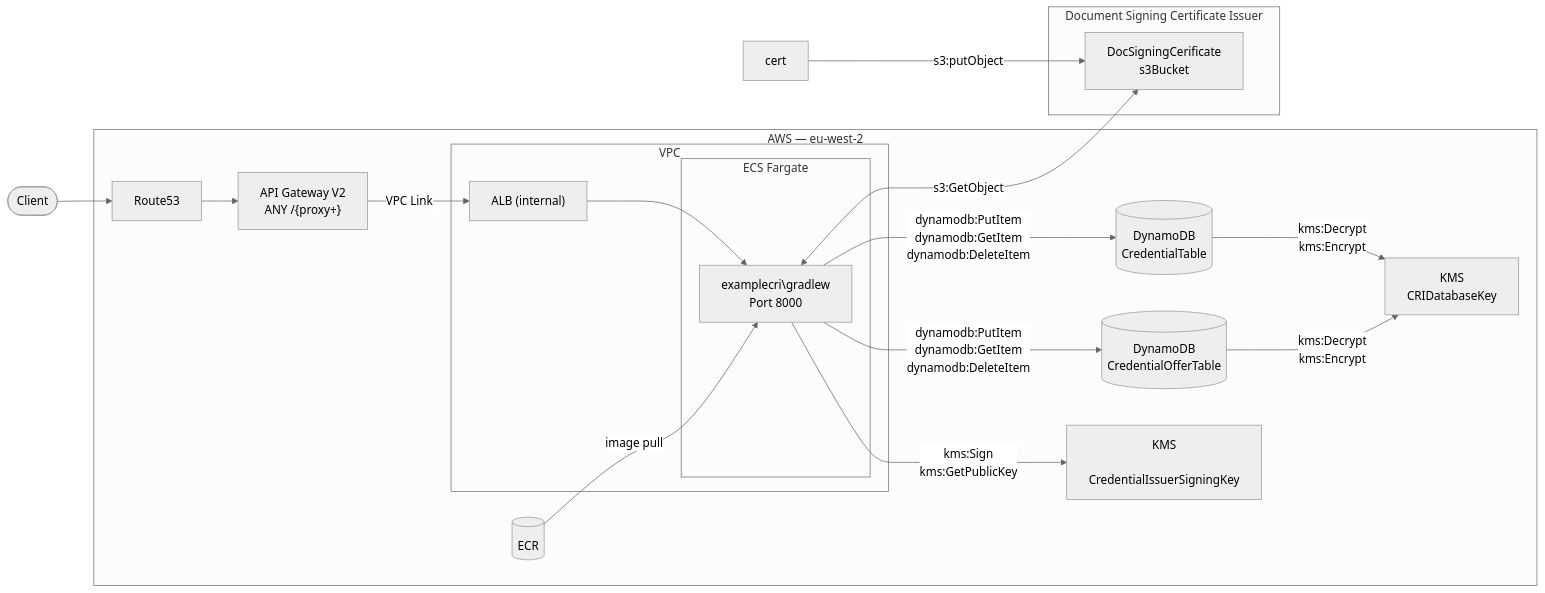
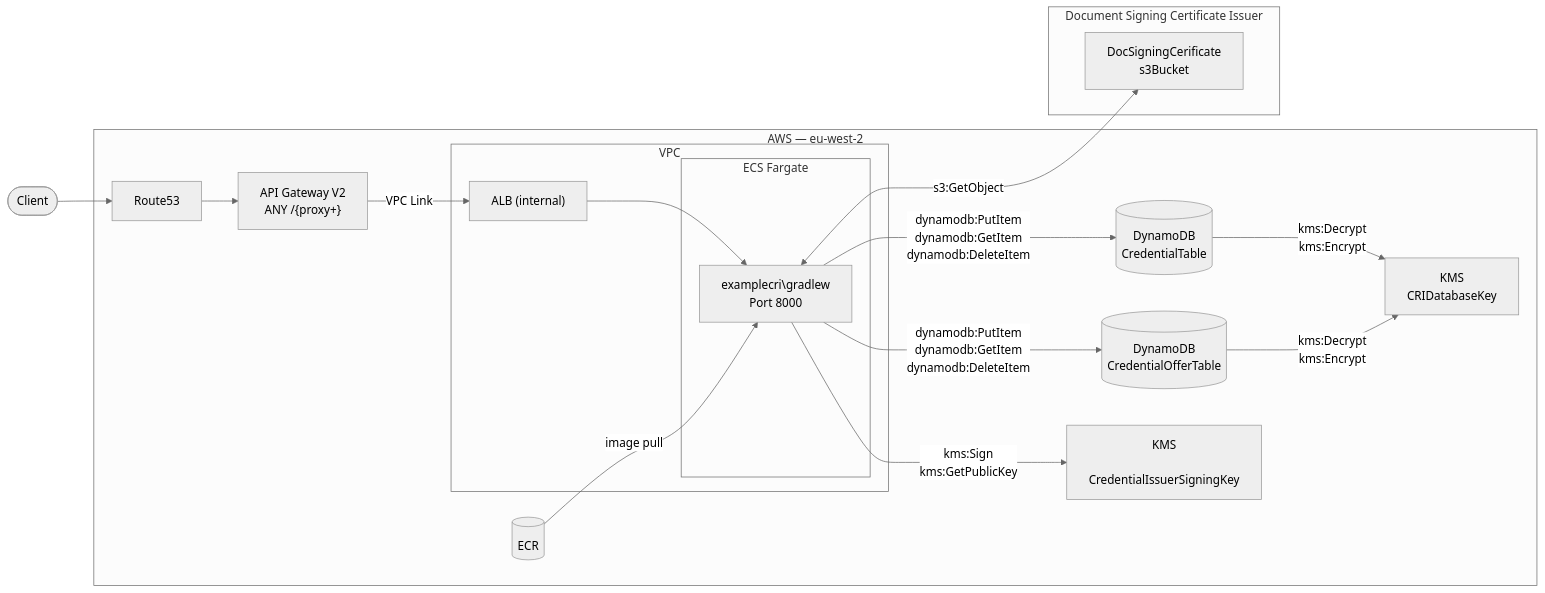
One commit to govuk-one-login/mobile-wallet-example-credential-issuer changed the diagram in example-credential-issuer/docs/infrastructure.md. Above: the diagram before and after it, drawn with Mermaid (neutral theme).

Commit message:
fix: delted arrow

````diff
--- a/example-credential-issuer/docs/infrastructure.md
+++ b/example-credential-issuer/docs/infrastructure.md
@@ -5,36 +5,35 @@
 ```mermaid
 
 flowchart LR
  subgraph ecs["ECS Fargate"]
         container["examplecri\gradlew\n Port 8000"]
   end
  subgraph vpc["VPC"]
         alb["ALB (internal)"]
         ecs
   end
  subgraph aws["AWS — eu-west-2"]
         dns["Route53"]
         agw["API Gateway V2\n ANY /{proxy+}"]
         vpc
         ecr[("ECR")]
         ddb1[("DynamoDB\n CredentialTable")]
         ddb2[("DynamoDB\n CredentialOfferTable")]
         kms1["KMS\n CredentialIssuerSigningKey"]
         kms2["KMS\n CRIDatabaseKey"]
   end
   subgraph dsc["Document Signing Certificate Issuer"]
         dscs3["DocSigningCerificate\n s3Bucket"]
   end
     client(["Client"]) --> dns
     dns --> agw
     agw -- VPC Link --> alb
     alb --> container
     ecr -- image pull --> container
     container -- dynamodb:PutItem\n dynamodb:GetItem\n dynamodb:DeleteItem --> ddb1 & ddb2
     container -- kms:Sign\n kms:GetPublicKey --> kms1
     container <-- s3:GetObject --> dscs3
-    cert -- s3:putObject  --> dscs3
     ddb1 -- kms:Decrypt\n kms:Encrypt --> kms2
     ddb2 -- kms:Decrypt\n kms:Encrypt --> kms2
 
 ```
````
